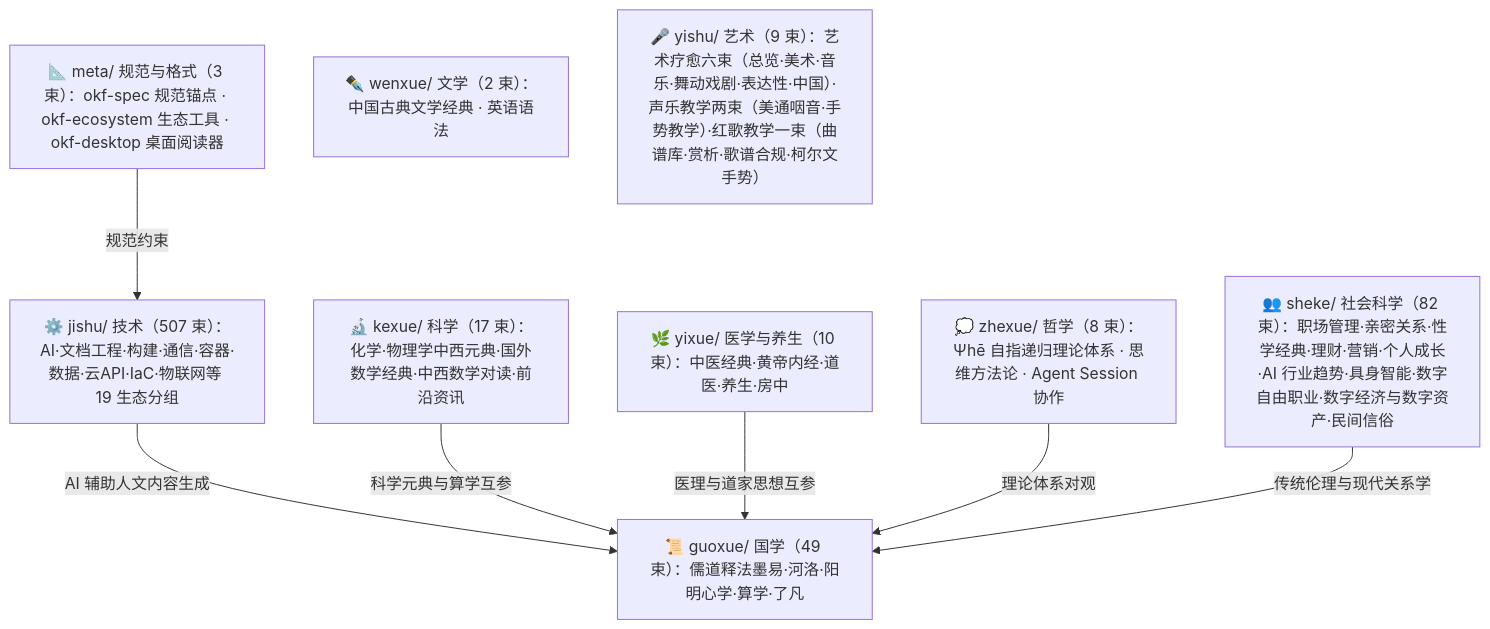
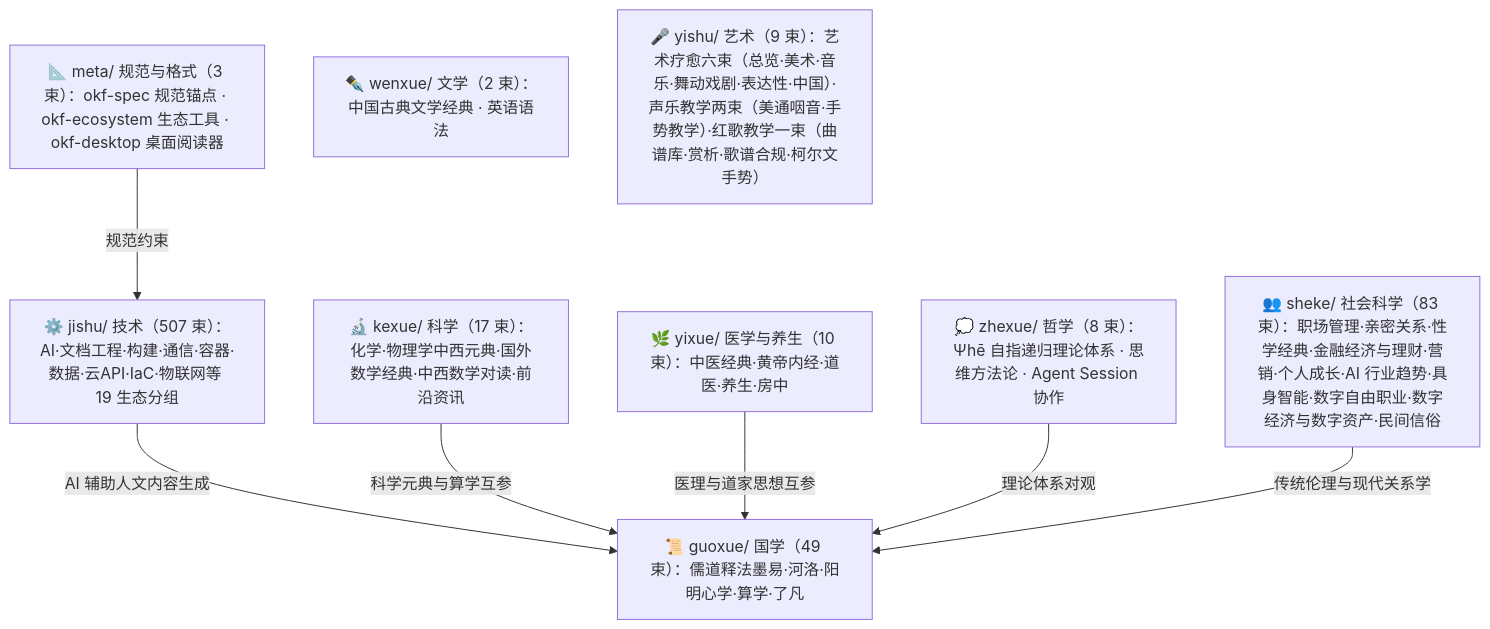
One commit to awesome-flexloop/awesome-okf changed the diagram in doc/bundles/index.md. Above: the diagram before and after it, drawn with Mermaid. The commit also changed other lines of this file and 27 other files, not shown here.

````diff
--- a/doc/bundles/index.md
+++ b/doc/bundles/index.md
@@ -21,18 +21,18 @@
 ```mermaid
 flowchart TD
     meta["📐 meta/ 规范与格式（3 束）：okf-spec 规范锚点 · okf-ecosystem 生态工具 · okf-desktop 桌面阅读器"]
     guoxue["📜 guoxue/ 国学（49 束）：儒道释法墨易·河洛·阳明心学·算学·了凡"]
     zhexue["💭 zhexue/ 哲学（8 束）：Ψhē 自指递归理论体系 · 思维方法论 · Agent Session 协作"]
     kexue["🔬 kexue/ 科学（17 束）：化学·物理学中西元典·国外数学经典·中西数学对读·前沿资讯"]
     wenxue["✒️ wenxue/ 文学（2 束）：中国古典文学经典 · 英语语法"]
     yixue["🌿 yixue/ 医学与养生（10 束）：中医经典·黄帝内经·道医·养生·房中"]
-    sheke["👥 sheke/ 社会科学（82 束）：职场管理·亲密关系·性学经典·理财·营销·个人成长·AI 行业趋势·具身智能·数字自由职业·数字经济与数字资产·民间信俗"]
+    sheke["👥 sheke/ 社会科学（83 束）：职场管理·亲密关系·性学经典·金融经济与理财·营销·个人成长·AI 行业趋势·具身智能·数字自由职业·数字经济与数字资产·民间信俗"]
     yishu["🎤 yishu/ 艺术（9 束）：艺术疗愈六束（总览·美术·音乐·舞动戏剧·表达性·中国）·声乐教学两束（美通咽音·手势教学）·红歌教学一束（曲谱库·赏析·歌谱合规·柯尔文手势）"]
     jishu["⚙️ jishu/ 技术（507 束）：AI·文档工程·构建·通信·容器·数据·云API·IaC·物联网等 19 生态分组"]
     meta -->|"规范约束"| jishu
     jishu -->|"AI 辅助人文内容生成"| guoxue
     kexue -->|"科学元典与算学互参"| guoxue
     yixue -->|"医理与道家思想互参"| guoxue
     zhexue -->|"理论体系对观"| guoxue
     sheke -->|"传统伦理与现代关系学"| guoxue
 ```
````
